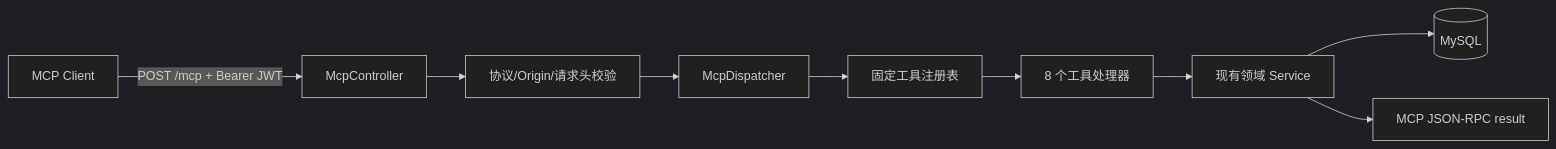
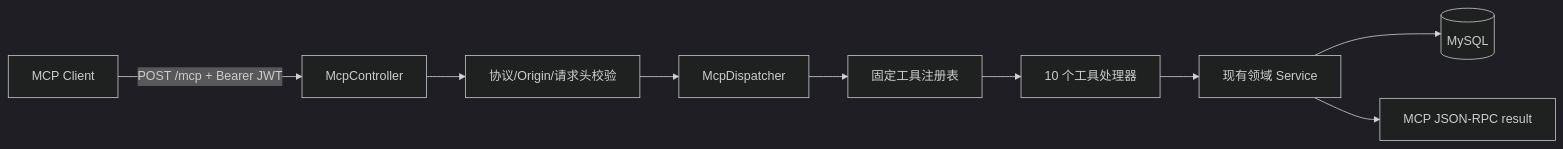
The diagram in docs/LINEAR-LITE-78-mcp-service-plan.md (hzwjs/linear-lite), drawn with Mermaid (dark theme) before and after one commit. The commit also changed other lines of this file and 2 other files, not shown here.

````diff
--- a/docs/LINEAR-LITE-78-mcp-service-plan.md
+++ b/docs/LINEAR-LITE-78-mcp-service-plan.md
@@ -38,11 +38,11 @@
 ```mermaid
 flowchart LR
     C["MCP Client"] -->|"POST /mcp + Bearer JWT"| E["McpController"]
     E --> V["协议/Origin/请求头校验"]
     V --> D["McpDispatcher"]
     D --> R["固定工具注册表"]
-    R --> H["8 个工具处理器"]
+    R --> H["10 个工具处理器"]
     H --> S["现有领域 Service"]
     S --> DB[("MySQL")]
     S --> O["MCP JSON-RPC result"]
 ```
````
